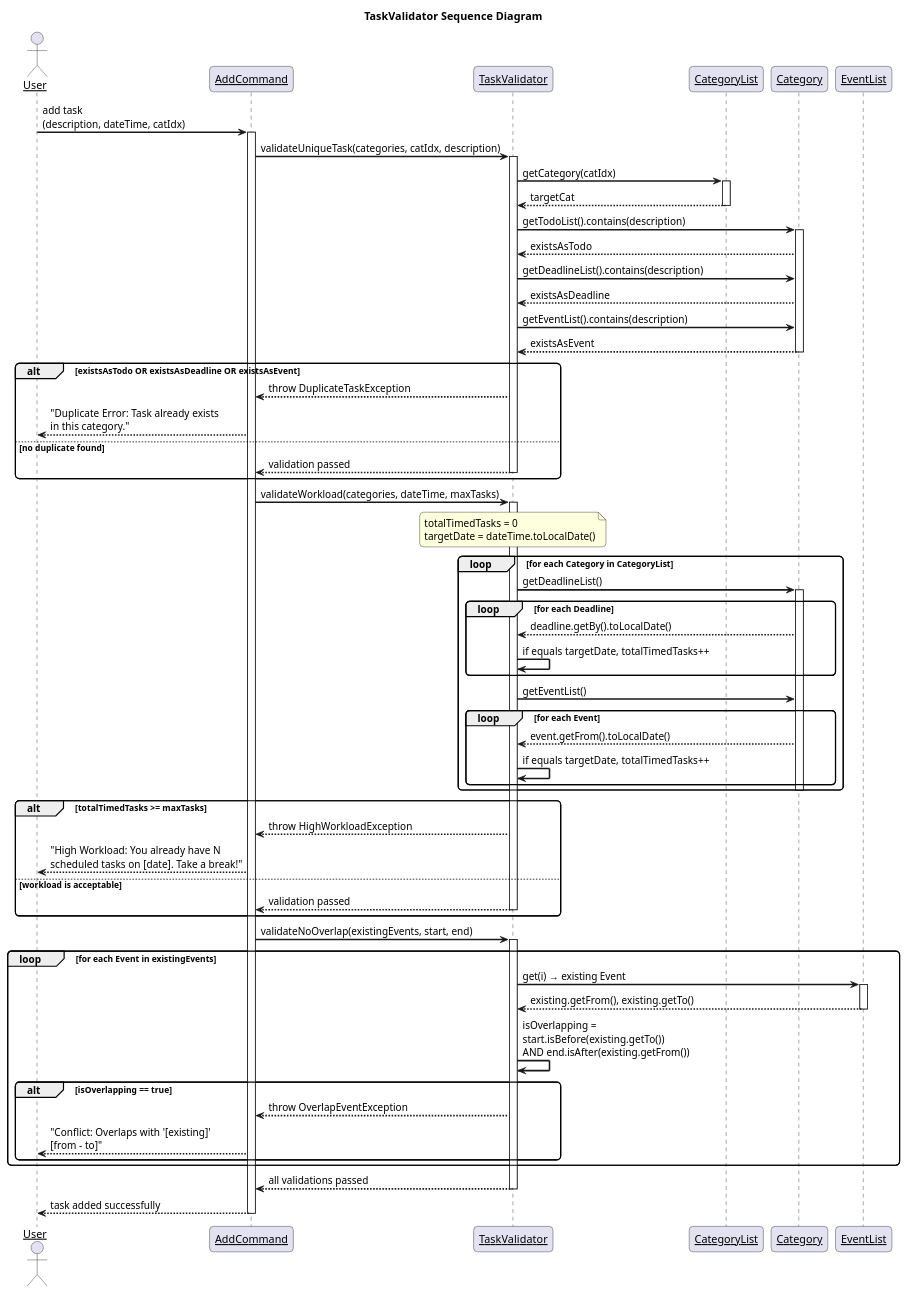
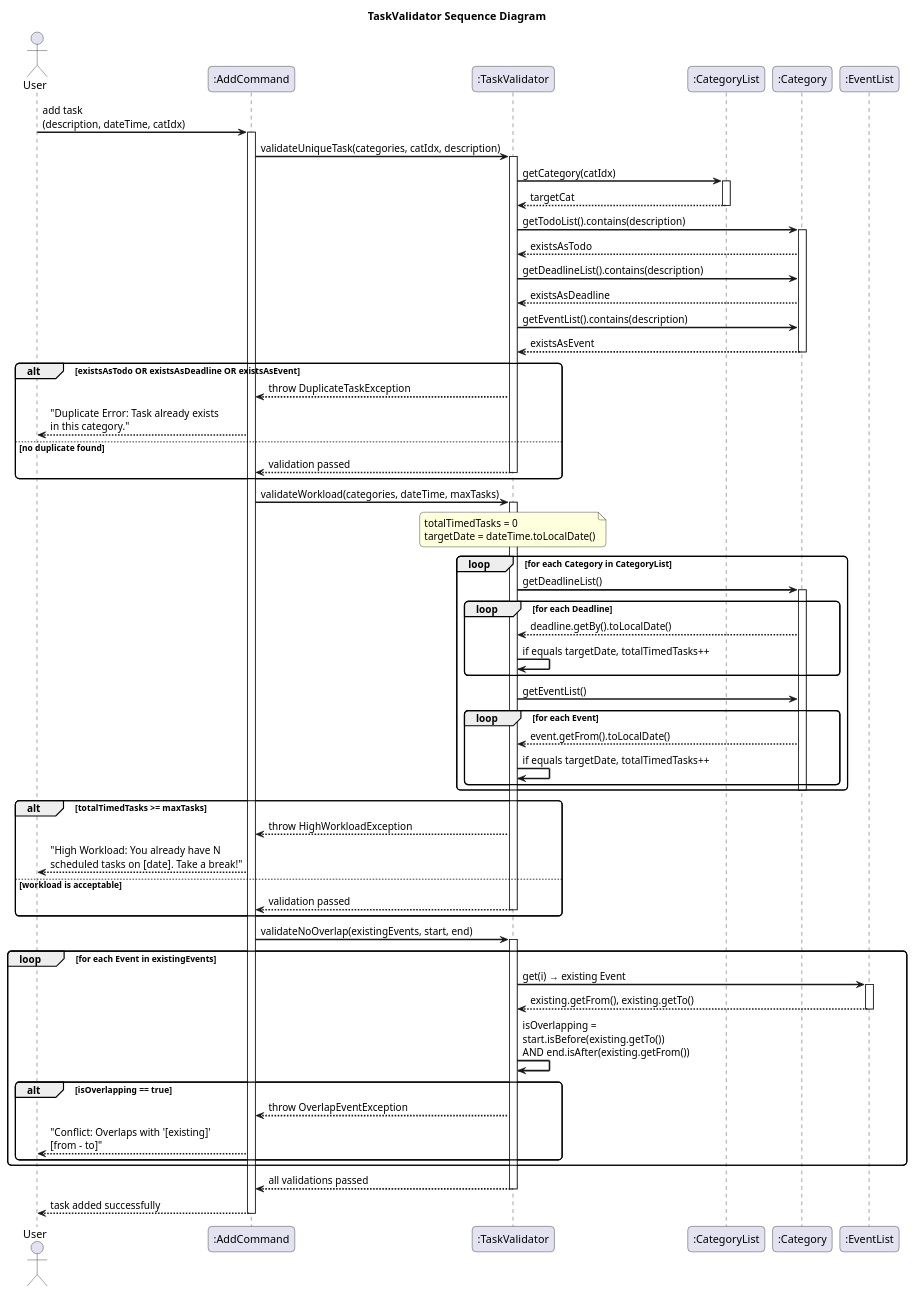
The diagram in docs/puml/TaskValidator.puml (michaelshyam1/tp), drawn with PlantUML before and after one commit. The commit also changed 1 other file, not shown here.

```diff
--- a/docs/puml/TaskValidator.puml
+++ b/docs/puml/TaskValidator.puml
@@ -1,101 +1,100 @@
 @startuml TaskValidatorSequenceDiagram
 
 skinparam sequenceArrowThickness 2
 skinparam roundcorner 10
-skinparam sequenceParticipant underline
 
 title TaskValidator Sequence Diagram
 
 actor User
-participant "AddCommand" as AC
-participant "TaskValidator" as TV
-participant "CategoryList" as CL
-participant "Category" as CAT
-participant "EventList" as EL
+participant ":AddCommand" as AC
+participant ":TaskValidator" as TV
+participant ":CategoryList" as CL
+participant ":Category" as CAT
+participant ":EventList" as EL
 
 User -> AC : add task\n(description, dateTime, catIdx)
 activate AC
 
 '─── Step 1: Unique Task ───────────────────────────────────
 AC -> TV : validateUniqueTask(categories, catIdx, description)
 activate TV
 
 TV -> CL : getCategory(catIdx)
 activate CL
 CL --> TV : targetCat
 deactivate CL
 
 TV -> CAT : getTodoList().contains(description)
 activate CAT
 CAT --> TV : existsAsTodo
 
 TV -> CAT : getDeadlineList().contains(description)
 CAT --> TV : existsAsDeadline
 
 TV -> CAT : getEventList().contains(description)
 CAT --> TV : existsAsEvent
 deactivate CAT
 
 alt existsAsTodo OR existsAsDeadline OR existsAsEvent
     TV --> AC : throw DuplicateTaskException
     AC --> User : "Duplicate Error: Task already exists\nin this category."
 else no duplicate found
     TV --> AC : validation passed
     deactivate TV
 end
 
 '─── Step 2: Workload ──────────────────────────────────────
 AC -> TV : validateWorkload(categories, dateTime, maxTasks)
 activate TV
 
 note over TV : totalTimedTasks = 0\ntargetDate = dateTime.toLocalDate()
 
 loop for each Category in CategoryList
     TV -> CAT : getDeadlineList()
     activate CAT
     loop for each Deadline
         CAT --> TV : deadline.getBy().toLocalDate()
         TV -> TV : if equals targetDate, totalTimedTasks++
     end
 
     TV -> CAT : getEventList()
     loop for each Event
         CAT --> TV : event.getFrom().toLocalDate()
         TV -> TV : if equals targetDate, totalTimedTasks++
     end
     deactivate CAT
 end
 
 alt totalTimedTasks >= maxTasks
     TV --> AC : throw HighWorkloadException
     AC --> User : "High Workload: You already have N\nscheduled tasks on [date]. Take a break!"
 else workload is acceptable
     TV --> AC : validation passed
     deactivate TV
 end
 
 '─── Step 3: Overlap (Events only) ────────────────────────
 AC -> TV : validateNoOverlap(existingEvents, start, end)
 activate TV
 
 loop for each Event in existingEvents
     TV -> EL : get(i) → existing Event
     activate EL
     EL --> TV : existing.getFrom(), existing.getTo()
     deactivate EL
 
     TV -> TV : isOverlapping =\nstart.isBefore(existing.getTo())\nAND end.isAfter(existing.getFrom())
 
     alt isOverlapping == true
         TV --> AC : throw OverlapEventException
         AC --> User : "Conflict: Overlaps with '[existing]'\n[from - to]"
     end
 end
 
 TV --> AC : all validations passed
 deactivate TV
 
 AC --> User : task added successfully
 deactivate AC
 
 @enduml
```
